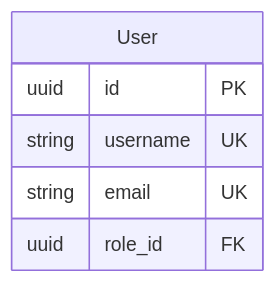
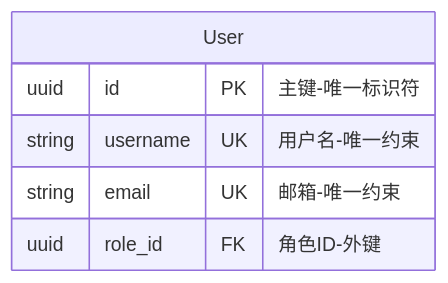
One commit to x007007007/er-generate-model changed the second of 2 diagrams in examples/DATA_TYPES.md. Above: the diagram before and after it, drawn with Mermaid. The commit also changed other lines of this file and 30 other files, not shown here.

````diff
--- a/examples/DATA_TYPES.md
+++ b/examples/DATA_TYPES.md
@@ -129,9 +129,9 @@
 ```mermaid
 erDiagram
     User {
-        uuid id PK
-        string username UK
-        string email UK
-        uuid role_id FK
+        uuid id PK "主键-唯一标识符"
+        string username UK "用户名-唯一约束"
+        string email UK "邮箱-唯一约束"
+        uuid role_id FK "角色ID-外键"
     }
 ```
````
